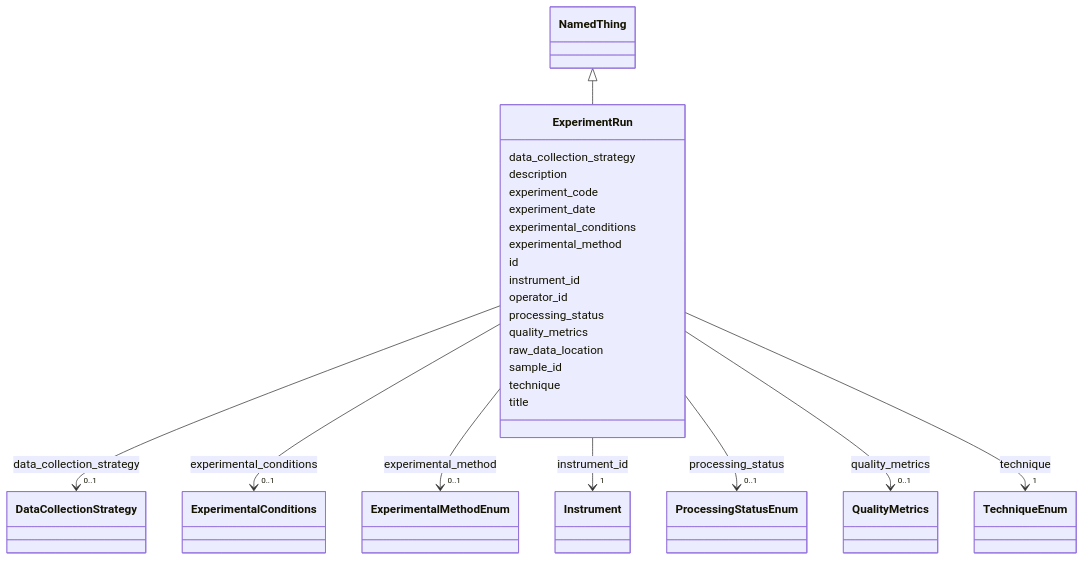
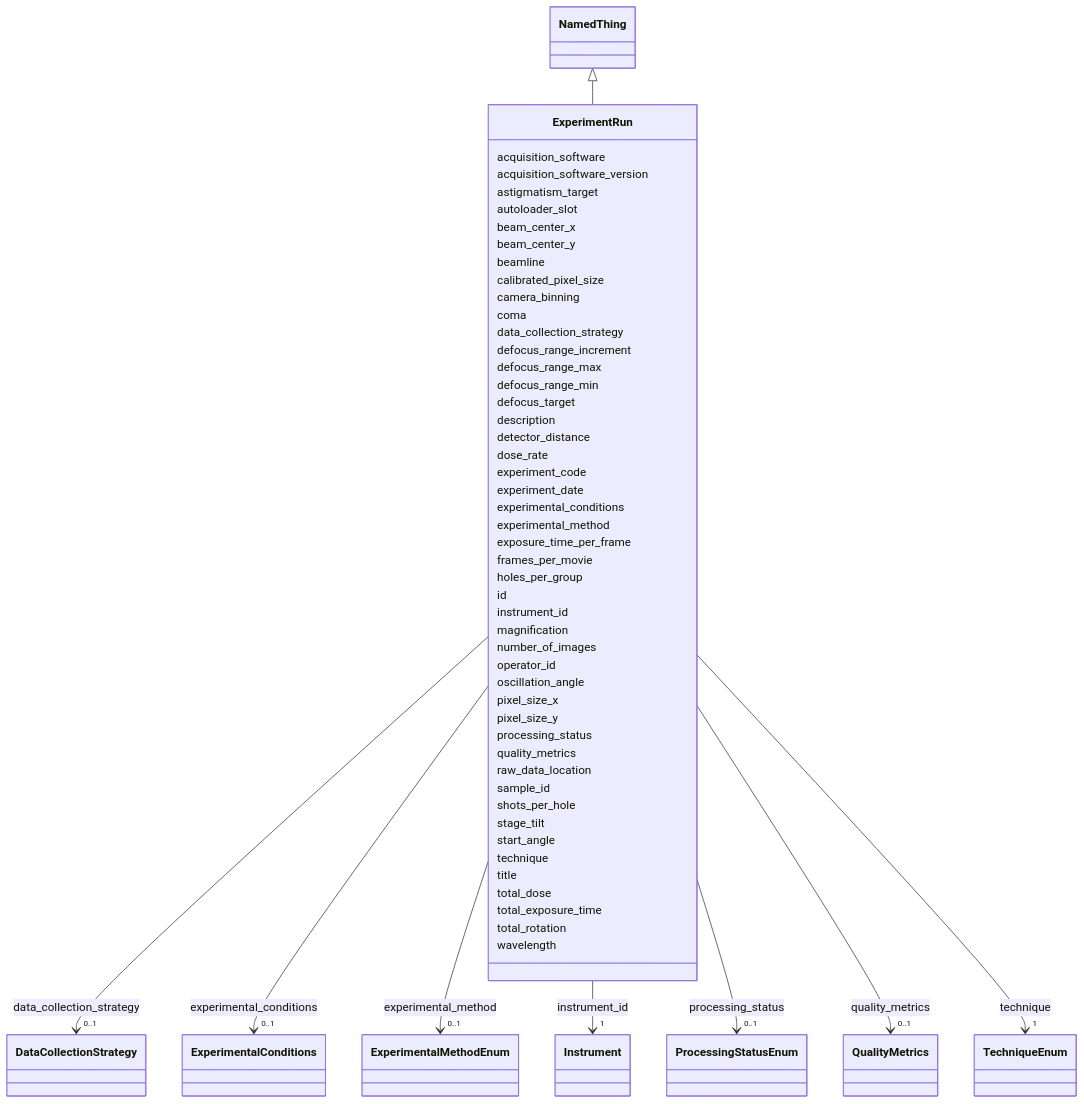
One commit to lambda-ber/lambda-ber-schema changed the diagram in docs/ExperimentRun.md. Above: the diagram before and after it, drawn with Mermaid. The commit also changed other lines of this file and 278 other files, not shown here.

````diff
--- a/docs/ExperimentRun.md
+++ b/docs/ExperimentRun.md
@@ -22,6 +22,26 @@
       NamedThing <|-- ExperimentRun
         click NamedThing href "../NamedThing/"
       
+      ExperimentRun : acquisition_software
+        
+      ExperimentRun : acquisition_software_version
+        
+      ExperimentRun : astigmatism_target
+        
+      ExperimentRun : autoloader_slot
+        
+      ExperimentRun : beam_center_x
+        
+      ExperimentRun : beam_center_y
+        
+      ExperimentRun : beamline
+        
+      ExperimentRun : calibrated_pixel_size
+        
+      ExperimentRun : camera_binning
+        
+      ExperimentRun : coma
+        
       ExperimentRun : data_collection_strategy
         
           
@@ -33,7 +53,19 @@
     
 
         
+      ExperimentRun : defocus_range_increment
+        
+      ExperimentRun : defocus_range_max
+        
+      ExperimentRun : defocus_range_min
+        
+      ExperimentRun : defocus_target
+        
       ExperimentRun : description
+        
+      ExperimentRun : detector_distance
+        
+      ExperimentRun : dose_rate
         
       ExperimentRun : experiment_code
         
@@ -61,6 +93,12 @@
     
 
         
+      ExperimentRun : exposure_time_per_frame
+        
+      ExperimentRun : frames_per_movie
+        
+      ExperimentRun : holes_per_group
+        
       ExperimentRun : id
         
       ExperimentRun : instrument_id
@@ -74,7 +112,17 @@
     
 
         
+      ExperimentRun : magnification
+        
+      ExperimentRun : number_of_images
+        
       ExperimentRun : operator_id
+        
+      ExperimentRun : oscillation_angle
+        
+      ExperimentRun : pixel_size_x
+        
+      ExperimentRun : pixel_size_y
         
       ExperimentRun : processing_status
         
@@ -102,6 +150,12 @@
         
       ExperimentRun : sample_id
         
+      ExperimentRun : shots_per_hole
+        
+      ExperimentRun : stage_tilt
+        
+      ExperimentRun : start_angle
+        
       ExperimentRun : technique
         
           
@@ -115,5 +169,13 @@
         
       ExperimentRun : title
         
+      ExperimentRun : total_dose
+        
+      ExperimentRun : total_exposure_time
+        
+      ExperimentRun : total_rotation
+        
+      ExperimentRun : wavelength
+        
       
 ```
````
